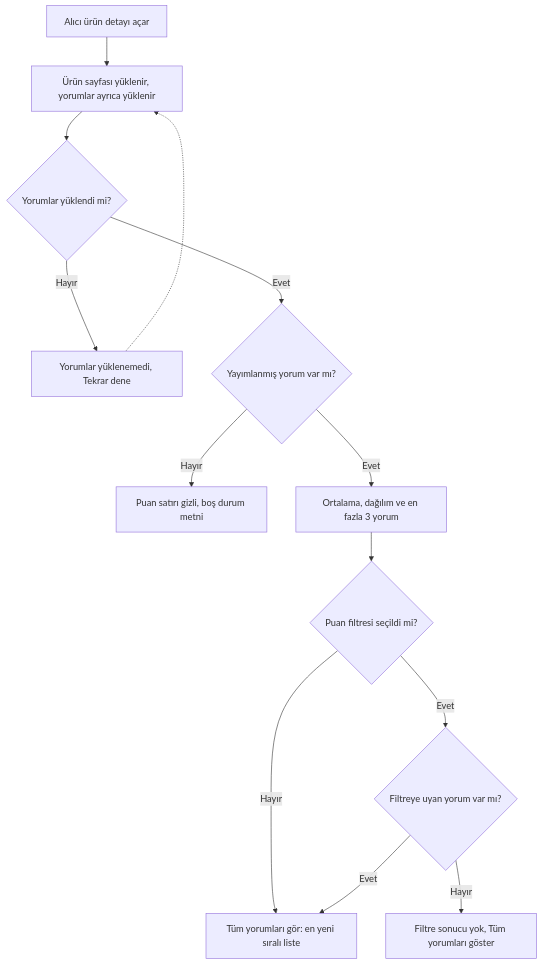
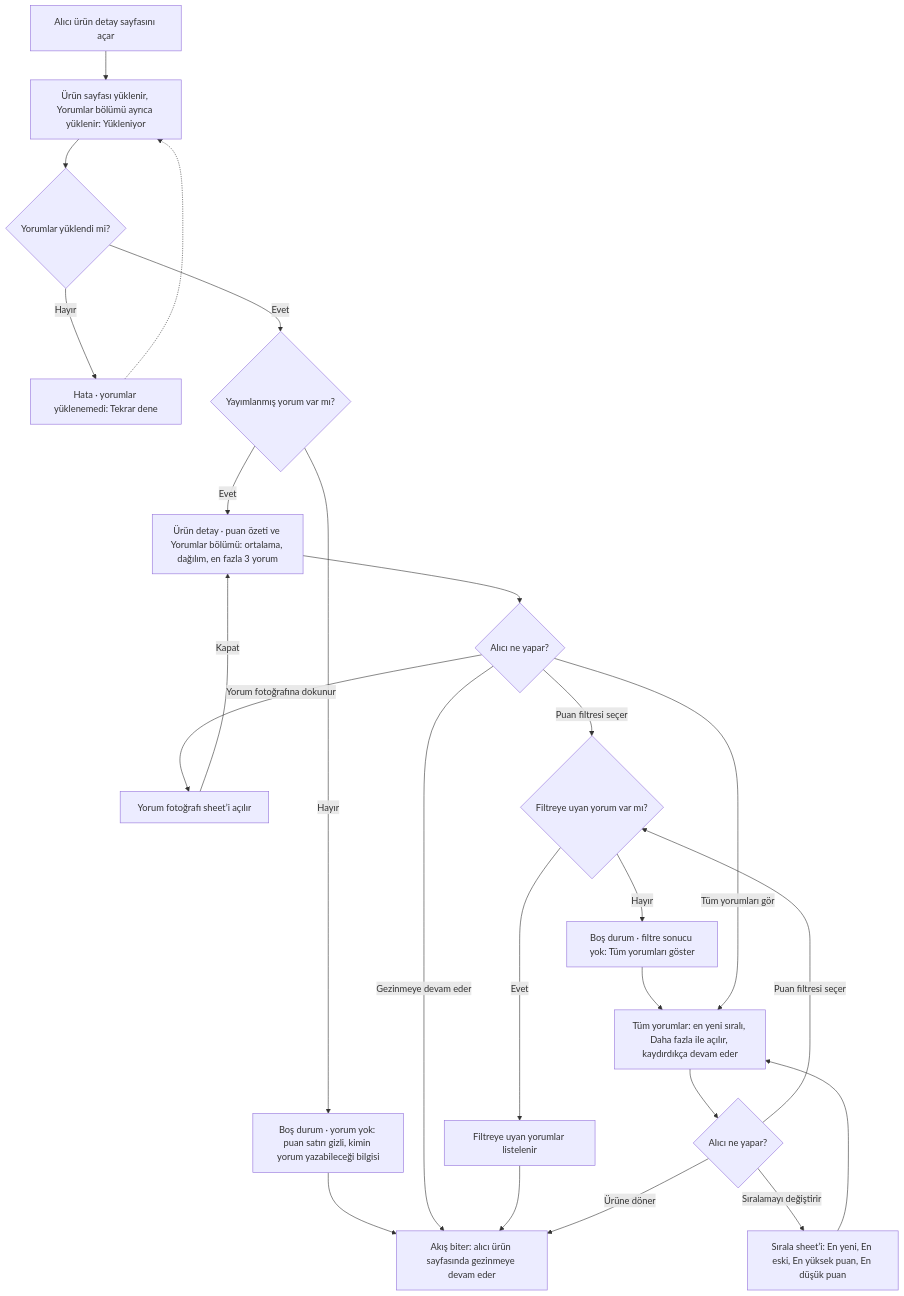
One commit to shopiercom-product-team/shopierproductdevelopmentagent changed the second of 4 diagrams in ozellikler/urun-yorumlari/prd-urun-yorumlari.md. Above: the diagram before and after it, drawn with Mermaid. The commit also changed other lines of this file and 2 other files, not shown here.

Commit message:
Akış turu: urun-yorumlari PRD v0.2 (2 revize uygulandı), PM'e sunuldu

````diff
--- a/ozellikler/urun-yorumlari/prd-urun-yorumlari.md
+++ b/ozellikler/urun-yorumlari/prd-urun-yorumlari.md
@@ -182,15 +206,26 @@
 ```mermaid
 flowchart TD
-  A["Alıcı ürün detayı açar"] --> B["Ürün sayfası yüklenir, yorumlar ayrıca yüklenir"]
+  A["Alıcı ürün detay sayfasını açar"] --> B["Ürün sayfası yüklenir, Yorumlar bölümü ayrıca yüklenir: Yükleniyor"]
   B --> C{"Yorumlar yüklendi mi?"}
-  C -- Hayır --> X["Yorumlar yüklenemedi, Tekrar dene"]
+  C -- Hayır --> X["Hata · yorumlar yüklenemedi: Tekrar dene"]
   X -.-> B
   C -- Evet --> D{"Yayımlanmış yorum var mı?"}
-  D -- Hayır --> Y["Puan satırı gizli, boş durum metni"]
-  D -- Evet --> E["Ortalama, dağılım ve en fazla 3 yorum"]
-  E --> F{"Puan filtresi seçildi mi?"}
-  F -- Hayır --> G["Tüm yorumları gör: en yeni sıralı liste"]
-  F -- Evet --> H{"Filtreye uyan yorum var mı?"}
-  H -- Hayır --> Z["Filtre sonucu yok, Tüm yorumları göster"]
-  H -- Evet --> G
+  D -- Hayır --> Y["Boş durum · yorum yok: puan satırı gizli, kimin yorum yazabileceği bilgisi"]
+  Y --> ZSON["Akış biter: alıcı ürün sayfasında gezinmeye devam eder"]
+  D -- Evet --> E["Ürün detay · puan özeti ve Yorumlar bölümü: ortalama, dağılım, en fazla 3 yorum"]
+  E --> F{"Alıcı ne yapar?"}
+  F -- Gezinmeye devam eder --> ZSON
+  F -- Yorum fotoğrafına dokunur --> P["Yorum fotoğrafı sheet’i açılır"]
+  P -- Kapat --> E
+  F -- Puan filtresi seçer --> H{"Filtreye uyan yorum var mı?"}
+  H -- Hayır --> Z["Boş durum · filtre sonucu yok: Tüm yorumları göster"]
+  Z --> G
+  H -- Evet --> Q["Filtreye uyan yorumlar listelenir"]
+  Q --> ZSON
+  F -- Tüm yorumları gör --> G["Tüm yorumlar: en yeni sıralı, Daha fazla ile açılır, kaydırdıkça devam eder"]
+  G --> U{"Alıcı ne yapar?"}
+  U -- Sıralamayı değiştirir --> T["Sırala sheet’i: En yeni, En eski, En yüksek puan, En düşük puan"]
+  T --> G
+  U -- Puan filtresi seçer --> H
+  U -- Ürüne döner --> ZSON
 ```
````
